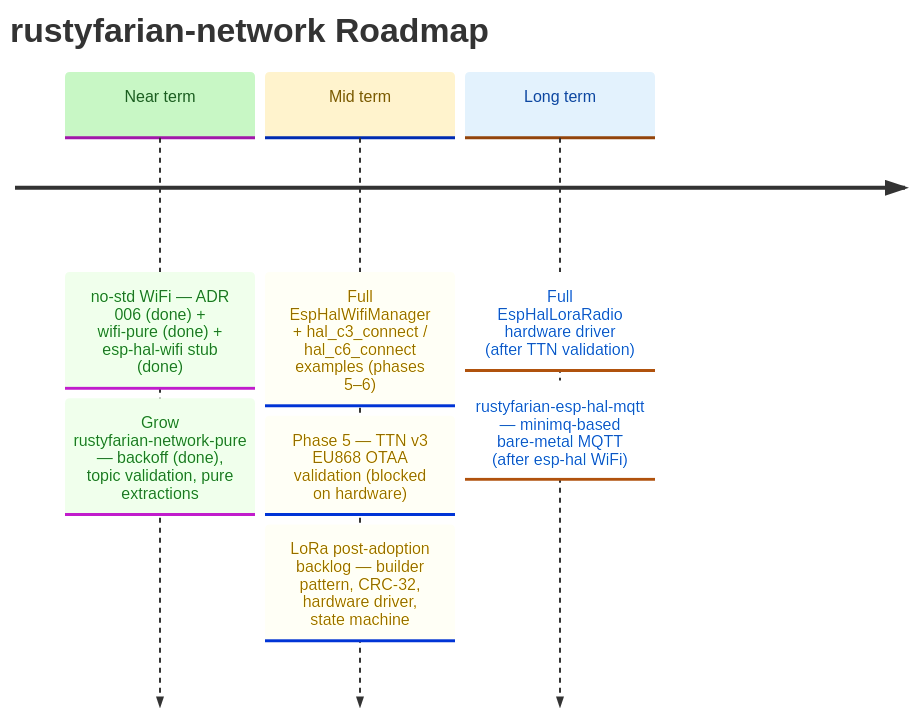
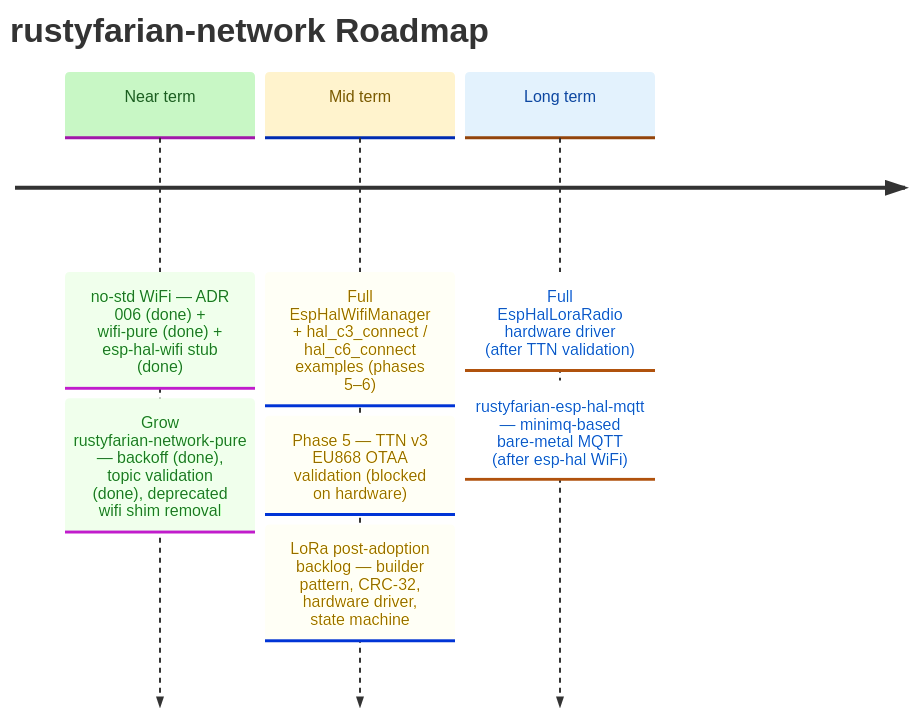
One commit to datenkollektiv/rustyfarian-network changed the diagram in docs/ROADMAP.md. Above: the diagram before and after it, drawn with Mermaid. The commit also changed other lines of this file and 2 other files, not shown here.

````diff
--- a/docs/ROADMAP.md
+++ b/docs/ROADMAP.md
@@ -9,26 +10,26 @@
 ```mermaid
 %%{init: {
   "theme": "base",
   "themeVariables": {
     "cScale0": "#c8f7c5",
     "cScaleLabel0": "#1b5e20",
     "cScale1": "#fff3cd",
     "cScaleLabel1": "#7a5a00",
     "cScale2": "#e3f2fd",
     "cScaleLabel2": "#0d47a1"
   }
 }}%%
 
 timeline
     title rustyfarian-network Roadmap
 
     Near term : no-std WiFi — ADR 006 (done) + wifi-pure (done) + esp-hal-wifi stub (done)
-              : Grow rustyfarian-network-pure — backoff (done), topic validation, pure extractions
+              : Grow rustyfarian-network-pure — backoff (done), topic validation (done), deprecated wifi shim removal
 
     Mid term  : Full EspHalWifiManager + hal_c3_connect / hal_c6_connect examples (phases 5–6)
               : Phase 5 — TTN v3 EU868 OTAA validation (blocked on hardware)
               : LoRa post-adoption backlog — builder pattern, CRC-32, hardware driver, state machine
 
     Long term : Full EspHalLoraRadio hardware driver (after TTN validation)
               : rustyfarian-esp-hal-mqtt — minimq-based bare-metal MQTT (after esp-hal WiFi)
 ```
````
